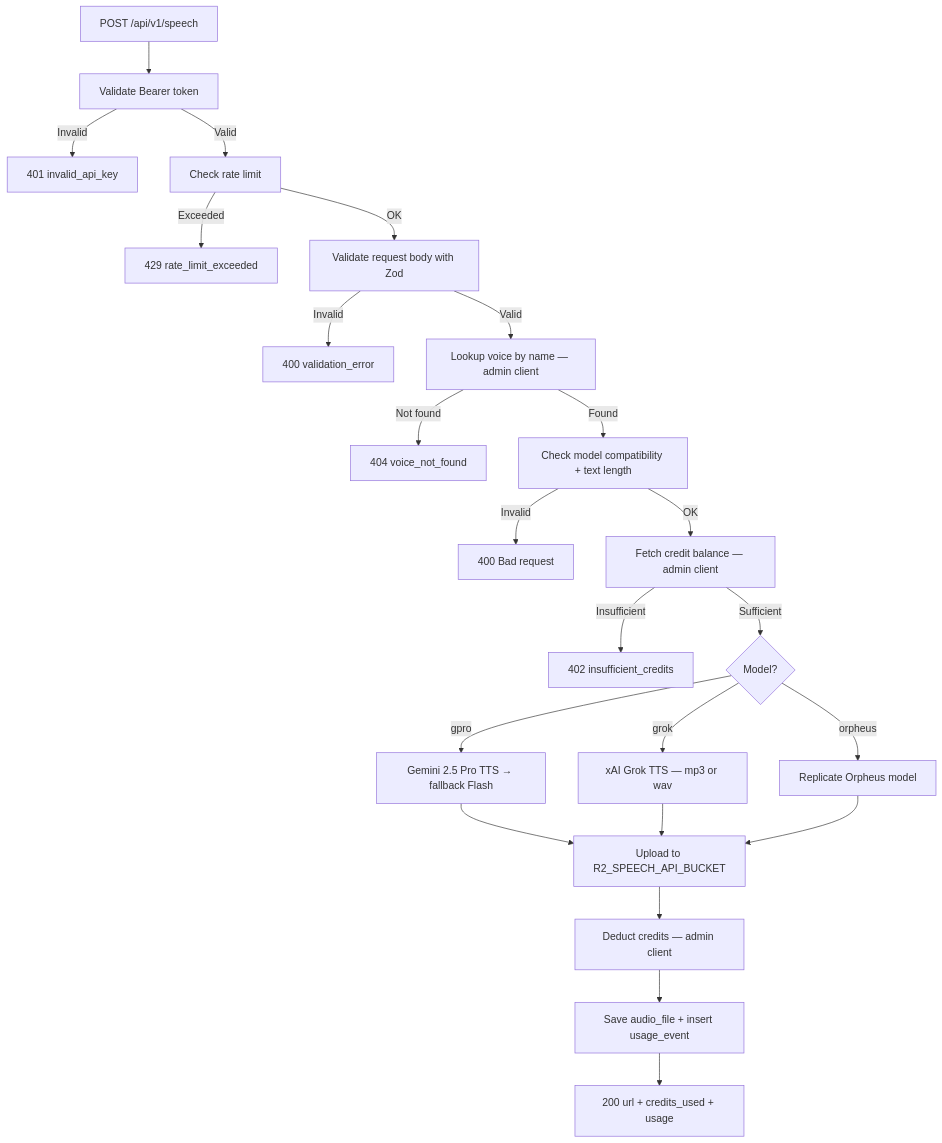
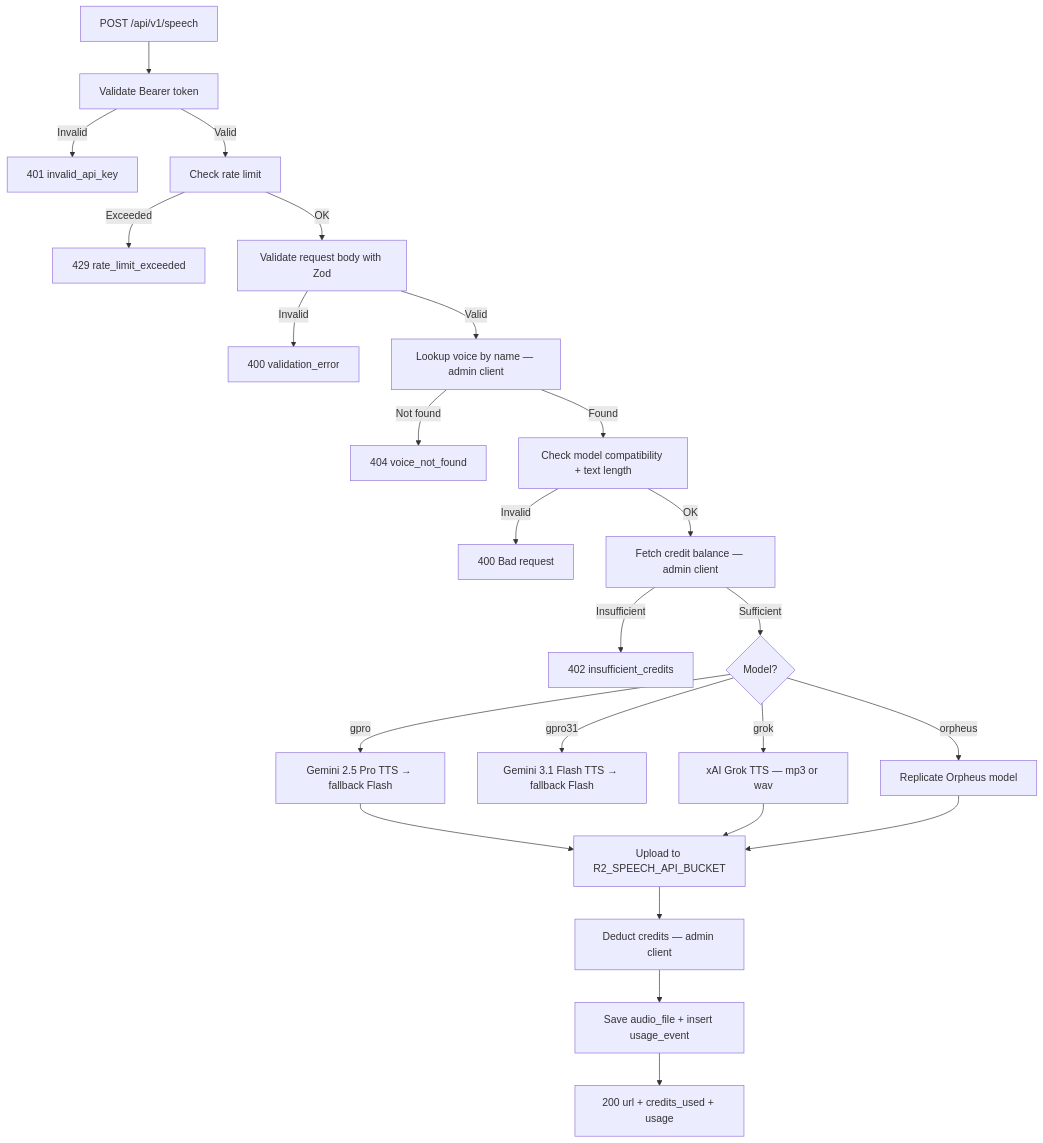
One commit to gianpaj/sexyvoice changed the first of 4 diagrams in ARCHITECTURE.md. Above: the diagram before and after it, drawn with Mermaid. The commit also changed other lines of this file and 64 other files, not shown here.

First line of the commit message:
Add Gemini TTS to gemini-3.1-flash-tts-preview (#351)

````diff
--- a/ARCHITECTURE.md
+++ b/ARCHITECTURE.md
@@ -76,25 +77,26 @@
 ```mermaid
 flowchart TD
     A[POST /api/v1/speech] --> B[Validate Bearer token]
     B -->|Invalid| Z1[401 invalid_api_key]
     B -->|Valid| C[Check rate limit]
     C -->|Exceeded| Z2[429 rate_limit_exceeded]
     C -->|OK| D[Validate request body with Zod]
     D -->|Invalid| Z3[400 validation_error]
     D -->|Valid| E[Lookup voice by name — admin client]
     E -->|Not found| Z4[404 voice_not_found]
     E -->|Found| F[Check model compatibility + text length]
     F -->|Invalid| Z5[400 Bad request]
     F -->|OK| G[Fetch credit balance — admin client]
     G -->|Insufficient| Z6[402 insufficient_credits]
     G -->|Sufficient| H{Model?}
     H -->|gpro| I[Gemini 2.5 Pro TTS → fallback Flash]
+    H -->|gpro31| I2[Gemini 3.1 Flash TTS → fallback Flash]
     H -->|grok| J2[xAI Grok TTS — mp3 or wav]
     H -->|orpheus| J[Replicate Orpheus model]
     I --> K[Upload to R2_SPEECH_API_BUCKET]
     J2 --> K
     J --> K
     K --> L[Deduct credits — admin client]
     L --> M[Save audio_file + insert usage_event]
     M --> N[200 url + credits_used + usage]
 ```
````
